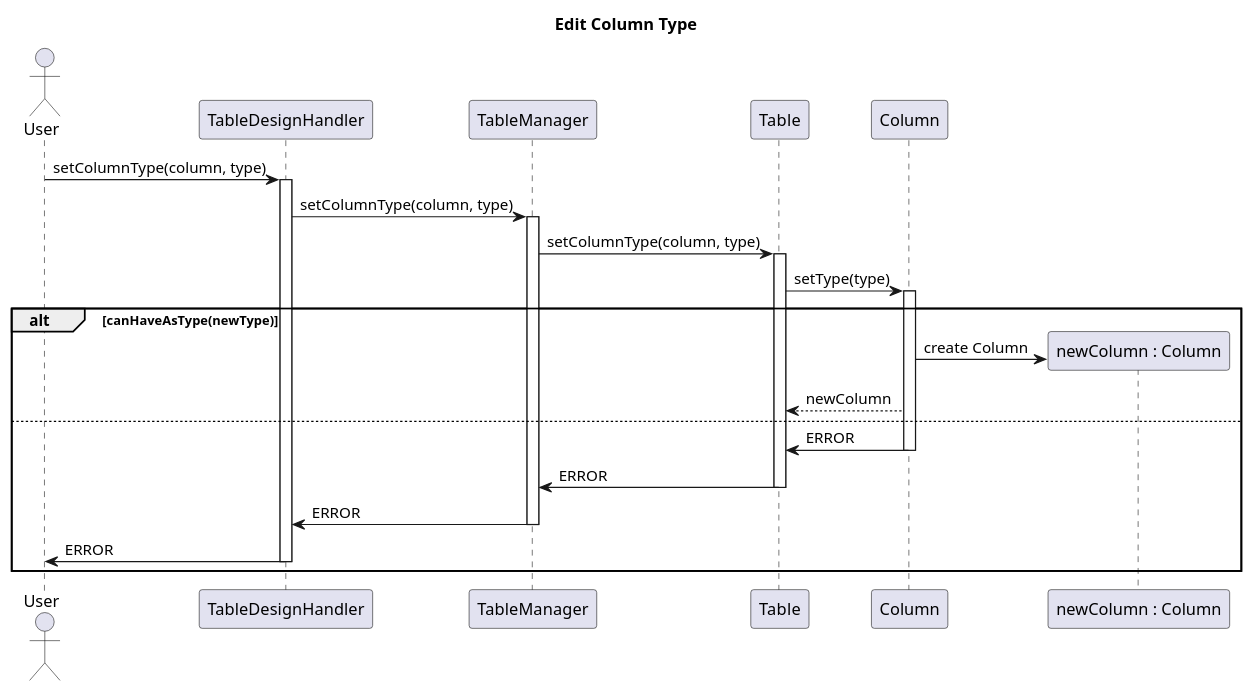
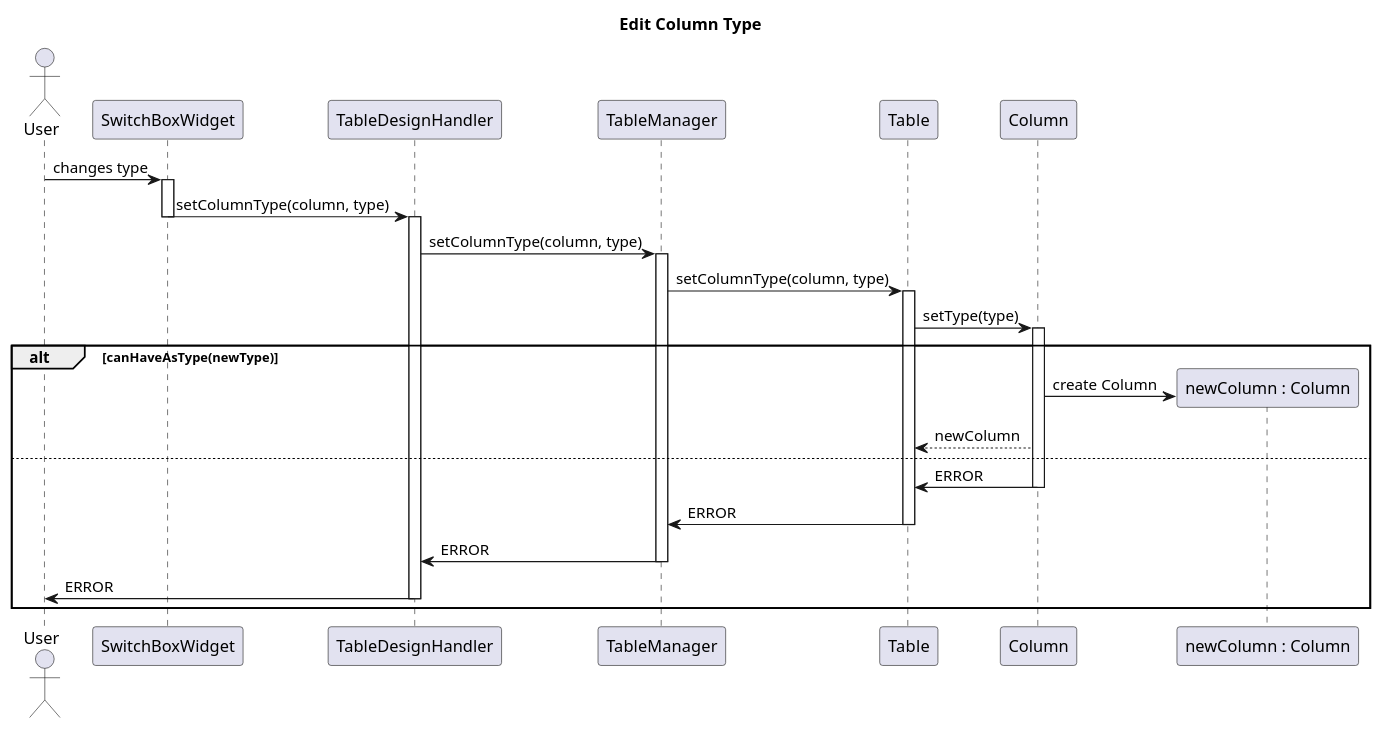
Before and after one commit to Bhamoss/softwareOntwerpProject: the diagram in diagrams/interactionDiagrams/editColumnType.puml, drawn with PlantUML. The commit also changed 12 other files, not shown here.

Commit message:
diagrams

```diff
--- a/diagrams/interactionDiagrams/editColumnType.puml
+++ b/diagrams/interactionDiagrams/editColumnType.puml
@@ -1,35 +1,38 @@
 @startuml
 title Edit Column Type
 Actor User
 
 
 
-User -> TableDesignHandler: setColumnType(column, type)
+User -> SwitchBoxWidget: changes type
+activate SwitchBoxWidget
+SwitchBoxWidget -> TableDesignHandler: setColumnType(column, type)
+deactivate
 activate TableDesignHandler
 TableDesignHandler -> TableManager: setColumnType(column, type)
 activate TableManager
 TableManager -> Table: setColumnType(column, type)
 activate Table
 Table -> Column: setType(type)
 activate Column
 
 alt canHaveAsType(newType)
     create "newColumn : Column"
     Column -> "newColumn : Column": create Column
     Column --> Table: newColumn
 else
     Column -> Table: ERROR
     deactivate Column
     Table -> TableManager: ERROR
     deactivate Table
     TableManager -> TableDesignHandler: ERROR
     deactivate TableManager
     TableDesignHandler -> User: ERROR
     deactivate TableDesignHandler
 end
 
 
 
 
 
 @enduml
```
